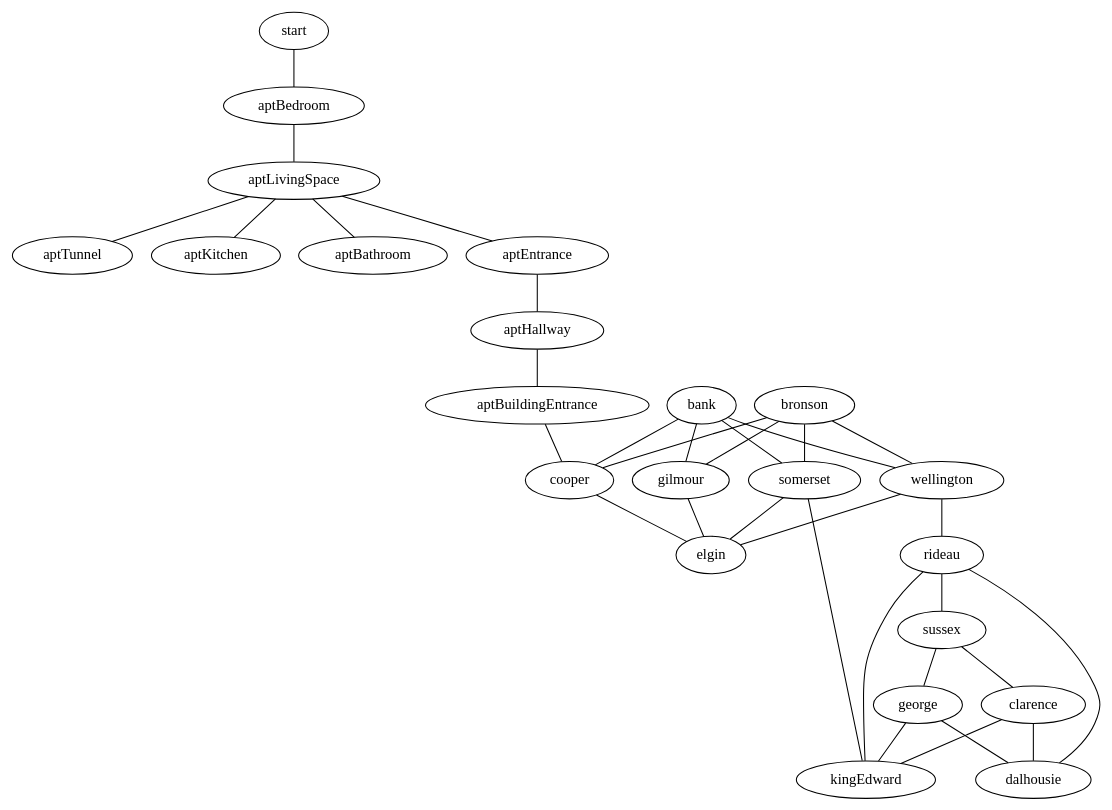
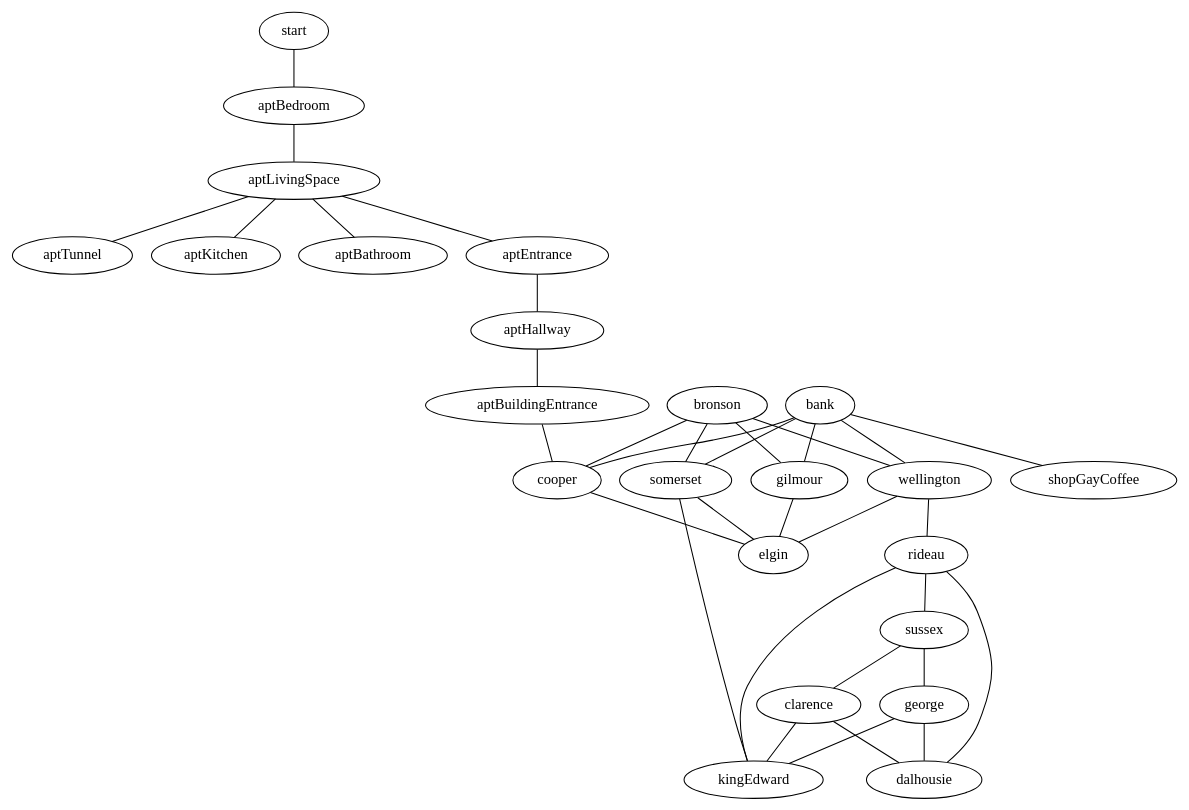
One commit to maelys-mcardle/adventure changed the diagram in examples/ottawa/entities/world/values.dot. Above: the diagram before and after it, drawn with Graphviz. The commit also changed 6 other files, not shown here.

```diff
--- a/examples/ottawa/entities/world/values.dot
+++ b/examples/ottawa/entities/world/values.dot
@@ -1,36 +1,40 @@
 graph location {
 
   start -- aptBedroom
 
   subgraph streets {
     bank -- wellington -- elgin
     bank -- cooper -- elgin
     bank -- somerset -- elgin
     bank -- gilmour -- elgin
 
     bronson -- wellington
     bronson -- cooper
     bronson -- somerset
     bronson -- gilmour   
 
     wellington -- rideau
 
     rideau -- sussex
     rideau -- dalhousie
     rideau -- kingEdward
 
     sussex -- george -- dalhousie
     sussex -- clarence -- dalhousie
     somerset -- kingEdward
     george -- kingEdward
     clarence -- kingEdward
   }
 
   subgraph apartment {
     aptBedroom -- aptLivingSpace -- aptTunnel
     aptLivingSpace -- aptKitchen
     aptLivingSpace -- aptBathroom
     aptLivingSpace -- aptEntrance -- aptHallway 
     aptHallway -- aptBuildingEntrance -- cooper
   }
+
+  subgraph shops {
+    bank -- shopGayCoffee
+  }
 }
```
